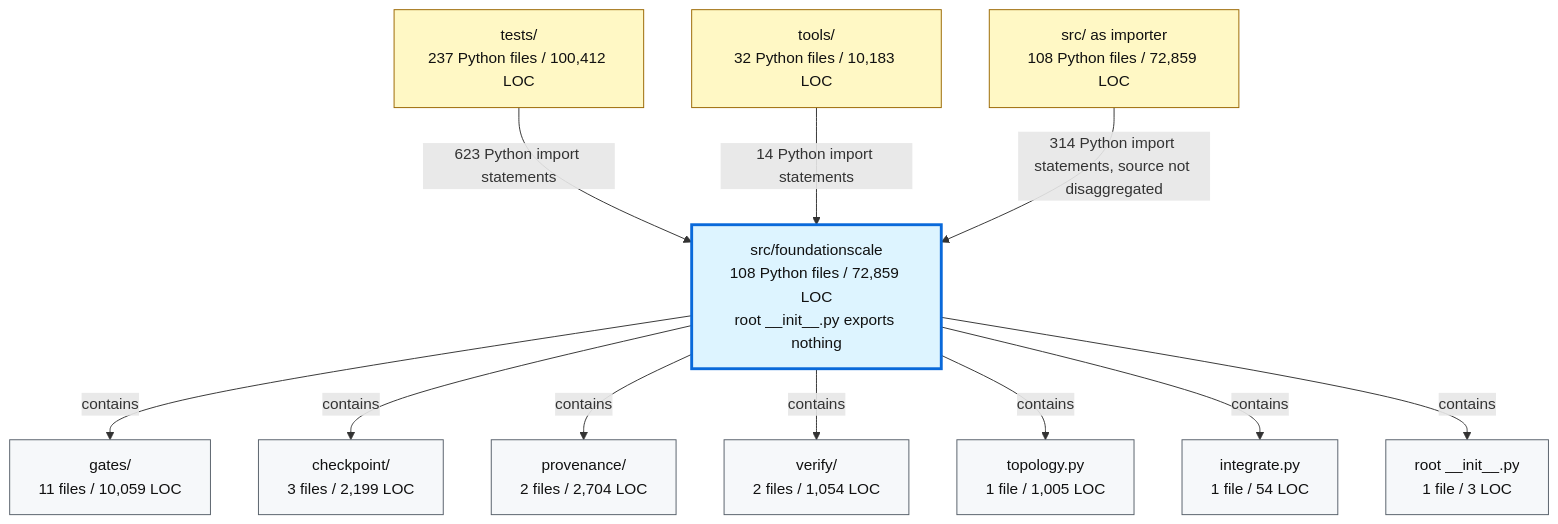
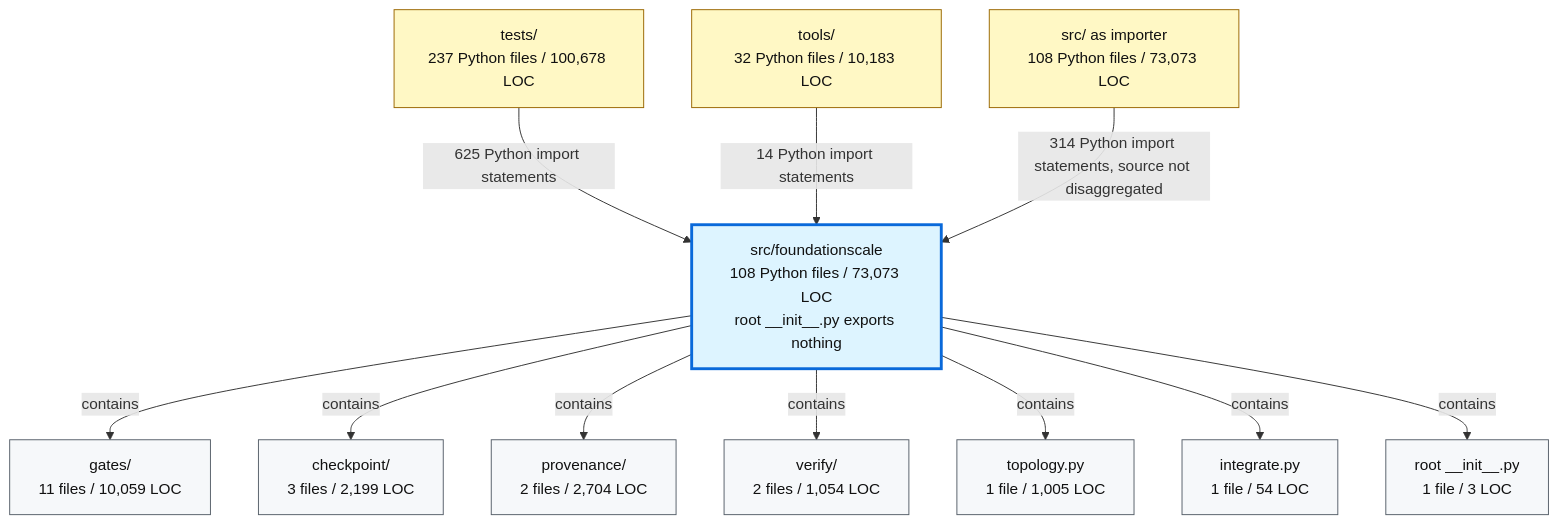
Before and after one commit to TranNhiem/FoundationScale: the second of 2 diagrams in docs/review/D2_current_architecture.md, drawn with Mermaid. The commit also changed other lines of this file and 21 other files, not shown here.

````diff
--- a/docs/review/D2_current_architecture.md
+++ b/docs/review/D2_current_architecture.md
@@ -97,36 +97,36 @@
 ```mermaid
 flowchart TB
-  TESTS["tests/<br/>237 Python files / 100,412 LOC"]
+  TESTS["tests/<br/>237 Python files / 100,678 LOC"]
   TOOLS["tools/<br/>32 Python files / 10,183 LOC"]
-  SRC["src/ as importer<br/>108 Python files / 72,859 LOC"]
+  SRC["src/ as importer<br/>108 Python files / 73,073 LOC"]
 
-  FS["src/foundationscale<br/>108 Python files / 72,859 LOC<br/>root __init__.py exports nothing"]
+  FS["src/foundationscale<br/>108 Python files / 73,073 LOC<br/>root __init__.py exports nothing"]
 
   GATES["gates/<br/>11 files / 10,059 LOC"]
   CKPT["checkpoint/<br/>3 files / 2,199 LOC"]
   PROV["provenance/<br/>2 files / 2,704 LOC"]
   VERIFY["verify/<br/>2 files / 1,054 LOC"]
   TOPO["topology.py<br/>1 file / 1,005 LOC"]
   INTEG["integrate.py<br/>1 file / 54 LOC"]
   ROOT["root __init__.py<br/>1 file / 3 LOC"]
 
-  TESTS -->|"623 Python import statements"| FS
+  TESTS -->|"625 Python import statements"| FS
   TOOLS -->|"14 Python import statements"| FS
   SRC -->|"314 Python import statements, source not disaggregated"| FS
 
   FS -->|"contains"| GATES
   FS -->|"contains"| CKPT
   FS -->|"contains"| PROV
   FS -->|"contains"| VERIFY
   FS -->|"contains"| TOPO
   FS -->|"contains"| INTEG
   FS -->|"contains"| ROOT
 
   classDef consumer fill:#fff8c5,stroke:#9a6700,color:#111;
   classDef package fill:#ddf4ff,stroke:#0969da,stroke-width:3px,color:#111;
   classDef module fill:#f6f8fa,stroke:#57606a,color:#111;
 
   class TESTS,TOOLS,SRC consumer;
   class FS package;
   class GATES,CKPT,PROV,VERIFY,TOPO,INTEG,ROOT module;
 ```
````
